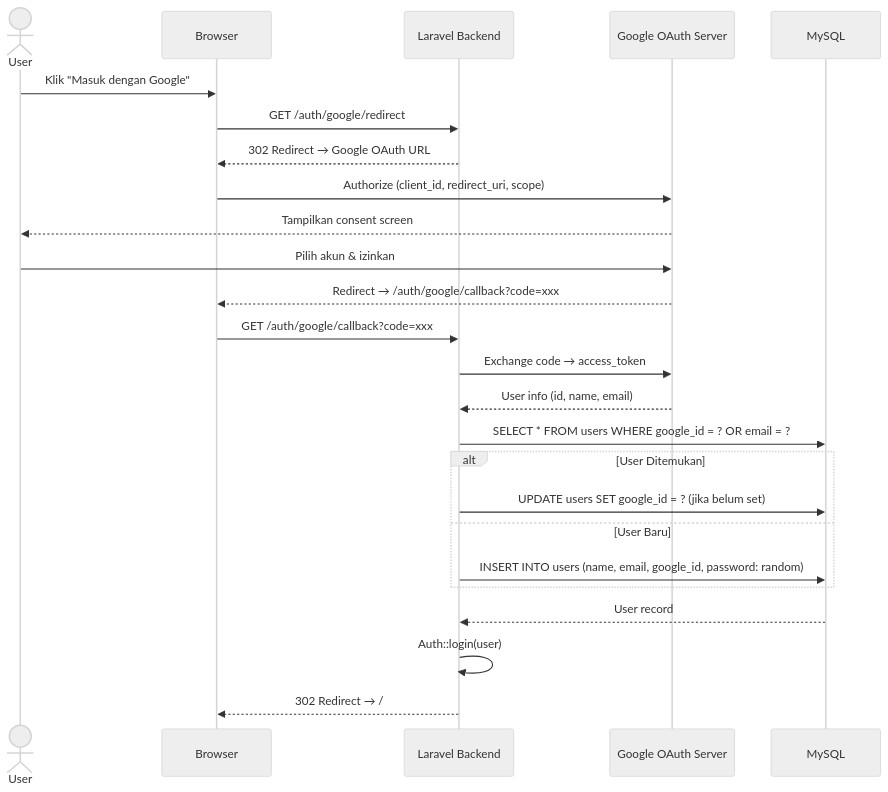
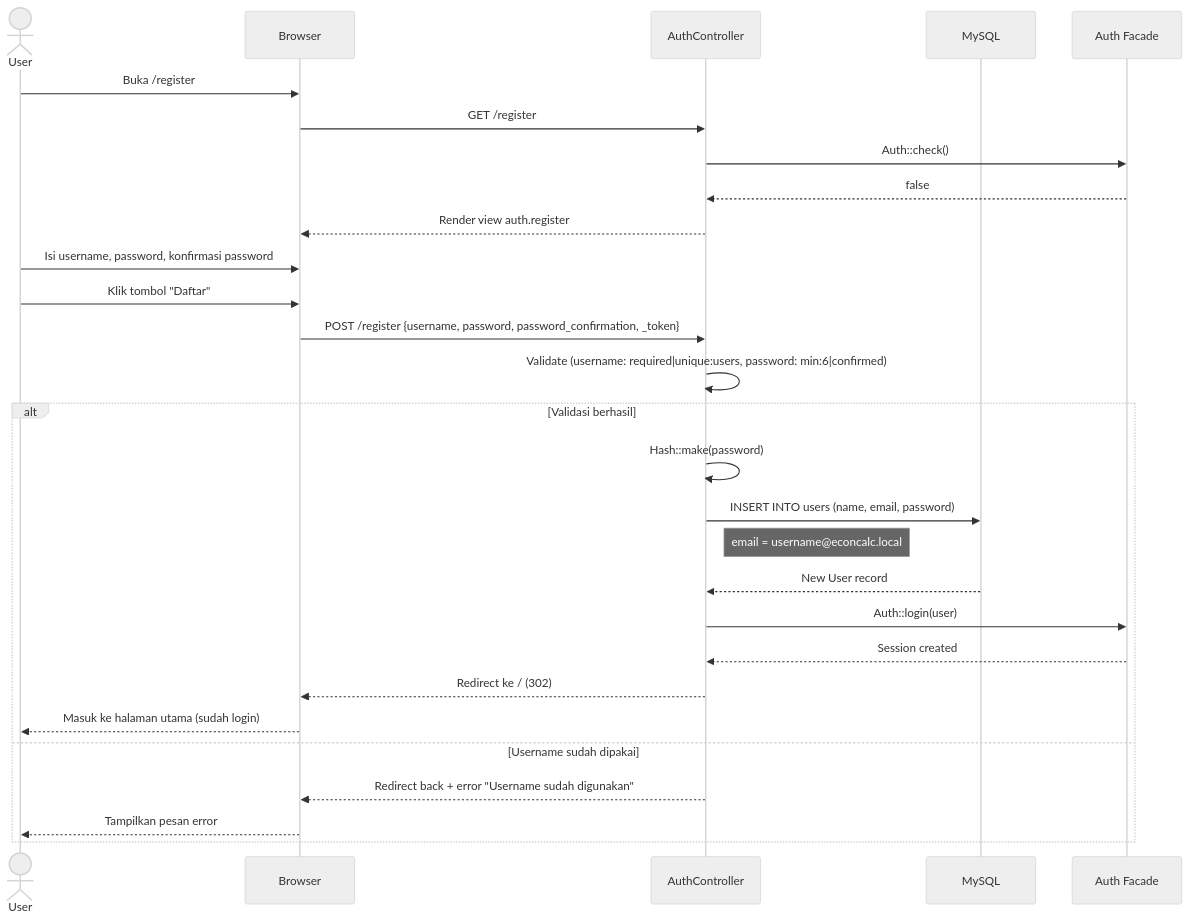
Before and after one commit to falcon-ioi/Caclcon: the seventh of 11 diagrams in e-concalc-web/README.md, drawn with Mermaid (neutral theme). The commit also changed other lines of this file, not shown here.

Commit message:
docs: expand sequence diagrams with detailed flows (login, register, Google OAuth, calculator sync, currency converter)

````diff
--- a/e-concalc-web/README.md
+++ b/e-concalc-web/README.md
@@ -266,33 +270,33 @@
 ```mermaid
 sequenceDiagram
     actor User
     participant Browser
-    participant Laravel as Laravel Backend
-    participant Google as Google OAuth Server
+    participant Laravel as AuthController
     participant DB as MySQL
+    participant Auth as Auth Facade
 
-    User->>Browser: Klik "Masuk dengan Google"
-    Browser->>Laravel: GET /auth/google/redirect
-    Laravel-->>Browser: 302 Redirect → Google OAuth URL
+    User->>Browser: Buka /register
+    Browser->>Laravel: GET /register
+    Laravel->>Auth: Auth::check()
+    Auth-->>Laravel: false
+    Laravel-->>Browser: Render view auth.register
 
-    Browser->>Google: Authorize (client_id, redirect_uri, scope)
-    Google-->>User: Tampilkan consent screen
-    User->>Google: Pilih akun & izinkan
-    Google-->>Browser: Redirect → /auth/google/callback?code=xxx
+    User->>Browser: Isi username, password, konfirmasi password
+    User->>Browser: Klik tombol "Daftar"
+    Browser->>Laravel: POST /register {username, password, password_confirmation, _token}
+    Laravel->>Laravel: Validate (username: required|unique:users, password: min:6|confirmed)
 
-    Browser->>Laravel: GET /auth/google/callback?code=xxx
-    Laravel->>Google: Exchange code → access_token
-    Google-->>Laravel: User info (id, name, email)
-
-    Laravel->>DB: SELECT * FROM users WHERE google_id = ? OR email = ?
-
-    alt User Ditemukan
-        Laravel->>DB: UPDATE users SET google_id = ? (jika belum set)
-    else User Baru
-        Laravel->>DB: INSERT INTO users (name, email, google_id, password: random)
+    alt Validasi berhasil
+        Laravel->>Laravel: Hash::make(password)
+        Laravel->>DB: INSERT INTO users (name, email, password)
+        Note right of Laravel: email = username@econcalc.local
+        DB-->>Laravel: New User record
+        Laravel->>Auth: Auth::login(user)
+        Auth-->>Laravel: Session created
+        Laravel-->>Browser: Redirect ke / (302)
+        Browser-->>User: Masuk ke halaman utama (sudah login)
+    else Username sudah dipakai
+        Laravel-->>Browser: Redirect back + error "Username sudah digunakan"
+        Browser-->>User: Tampilkan pesan error
     end
-
-    DB-->>Laravel: User record
-    Laravel->>Laravel: Auth::login(user)
-    Laravel-->>Browser: 302 Redirect → /
 ```
````
